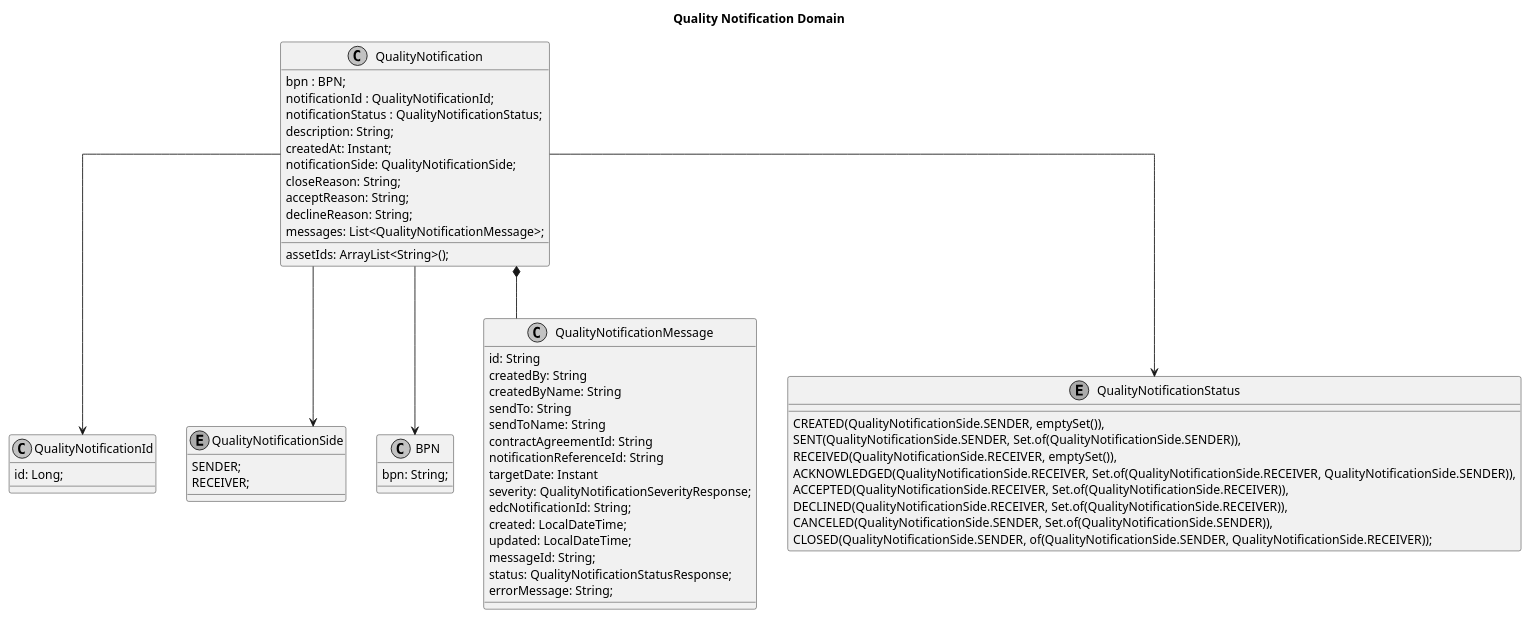
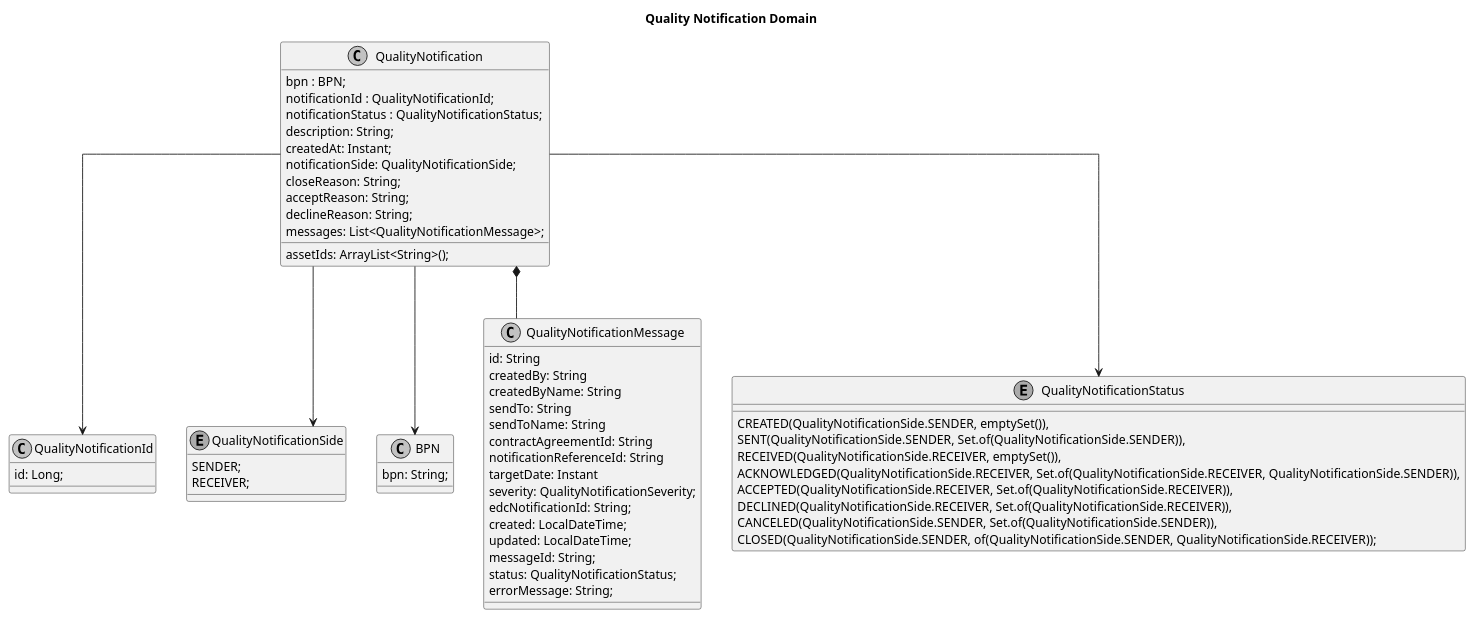
One commit to eclipse-tractusx/traceability-foss changed the diagram in docs/src/uml-diagrams/arc42/cross-cutting/domain-model/domain-model-quality-notifications.puml. Above: the diagram before and after it, drawn with PlantUML.

Commit message:
chore(doc): 423 - updating docs.

```diff
--- a/docs/src/uml-diagrams/arc42/cross-cutting/domain-model/domain-model-quality-notifications.puml
+++ b/docs/src/uml-diagrams/arc42/cross-cutting/domain-model/domain-model-quality-notifications.puml
@@ -1,67 +1,67 @@
 @startuml
 skinparam monochrome true
 skinparam shadowing false
 skinparam defaultFontName "Architects daughter"
 skinparam linetype ortho
 title: Quality Notification Domain
 
 class QualityNotification {
     bpn : BPN;
     notificationId : QualityNotificationId;
     notificationStatus : QualityNotificationStatus;
     description: String;
     createdAt: Instant;
     notificationSide: QualityNotificationSide;
     assetIds: ArrayList<String>();
     closeReason: String;
     acceptReason: String;
     declineReason: String;
     messages: List<QualityNotificationMessage>;
 }
 
 class QualityNotificationId {
 id: Long;
 }
 
 enum QualityNotificationSide{
     SENDER;
     RECEIVER;
 }
 class BPN{
 bpn: String;
 }
 class QualityNotificationMessage {
    id: String
    createdBy: String
    createdByName: String
    sendTo: String
    sendToName: String
    contractAgreementId: String
    notificationReferenceId: String
    targetDate: Instant
-   severity: QualityNotificationSeverityResponse;
+   severity: QualityNotificationSeverity;
    edcNotificationId: String;
    created: LocalDateTime;
    updated: LocalDateTime;
    messageId: String;
-   status: QualityNotificationStatusResponse;
+   status: QualityNotificationStatus;
    errorMessage: String;
 }
 
 enum QualityNotificationStatus{
  CREATED(QualityNotificationSide.SENDER, emptySet()),
     SENT(QualityNotificationSide.SENDER, Set.of(QualityNotificationSide.SENDER)),
     RECEIVED(QualityNotificationSide.RECEIVER, emptySet()),
     ACKNOWLEDGED(QualityNotificationSide.RECEIVER, Set.of(QualityNotificationSide.RECEIVER, QualityNotificationSide.SENDER)),
     ACCEPTED(QualityNotificationSide.RECEIVER, Set.of(QualityNotificationSide.RECEIVER)),
     DECLINED(QualityNotificationSide.RECEIVER, Set.of(QualityNotificationSide.RECEIVER)),
     CANCELED(QualityNotificationSide.SENDER, Set.of(QualityNotificationSide.SENDER)),
     CLOSED(QualityNotificationSide.SENDER, of(QualityNotificationSide.SENDER, QualityNotificationSide.RECEIVER));
  }
 
 QualityNotification --> QualityNotificationId
 QualityNotification --> BPN
 QualityNotification --> QualityNotificationStatus
 QualityNotification --> QualityNotificationSide
 QualityNotification *-- QualityNotificationMessage
 @enduml
```
